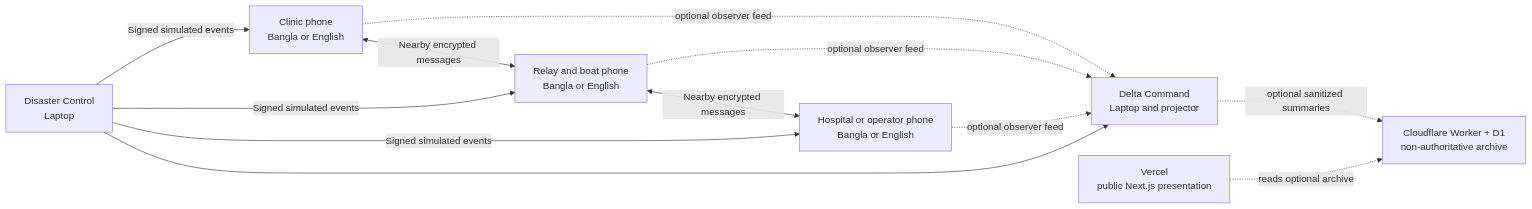
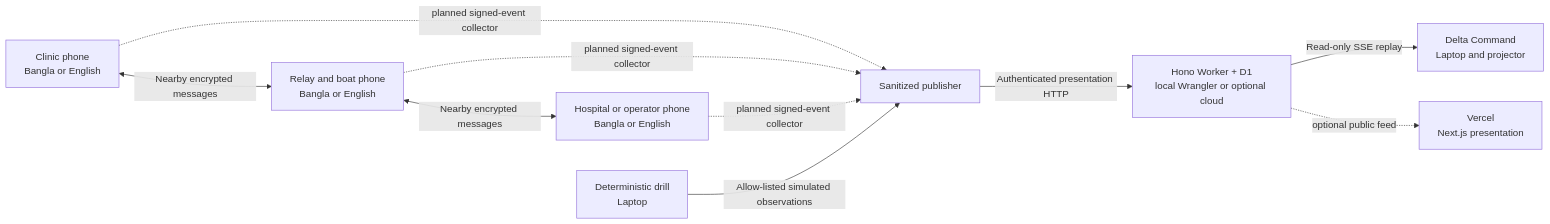
One commit to Seyamalam/digital-delta changed the first of 2 diagrams in docs/ARCHITECTURE.md. Above: the diagram before and after it, drawn with Mermaid. The commit also changed other lines of this file and 22 other files, not shown here.

Commit message:
feat(observer): migrate presentation stream to authenticated Hono and D1

````diff
--- a/docs/ARCHITECTURE.md
+++ b/docs/ARCHITECTURE.md
@@ -15,14 +15,12 @@
 ```mermaid
 flowchart LR
     A[Clinic phone\nBangla or English] <-->|Nearby encrypted messages| B[Relay and boat phone\nBangla or English]
     B <-->|Nearby encrypted messages| C[Hospital or operator phone\nBangla or English]
-    A -. optional observer feed .-> D[Delta Command\nLaptop and projector]
-    B -. optional observer feed .-> D
-    C -. optional observer feed .-> D
-    E[Disaster Control\nLaptop] -->|Signed simulated events| A
-    E -->|Signed simulated events| B
-    E -->|Signed simulated events| C
-    E --> D
-    D -. optional sanitized summaries .-> F[Cloudflare Worker + D1\nnon-authoritative archive]
-    G[Vercel\npublic Next.js presentation] -. reads optional archive .-> F
+    A -. planned signed-event collector .-> P[Sanitized publisher]
+    B -. planned signed-event collector .-> P
+    C -. planned signed-event collector .-> P
+    E[Deterministic drill\nLaptop] -->|Allow-listed simulated observations| P
+    P -->|Authenticated presentation HTTP| F[Hono Worker + D1\nlocal Wrangler or optional cloud]
+    F -->|Read-only SSE replay| D[Delta Command\nLaptop and projector]
+    F -. optional public feed .-> G[Vercel\nNext.js presentation]
 ```
````
